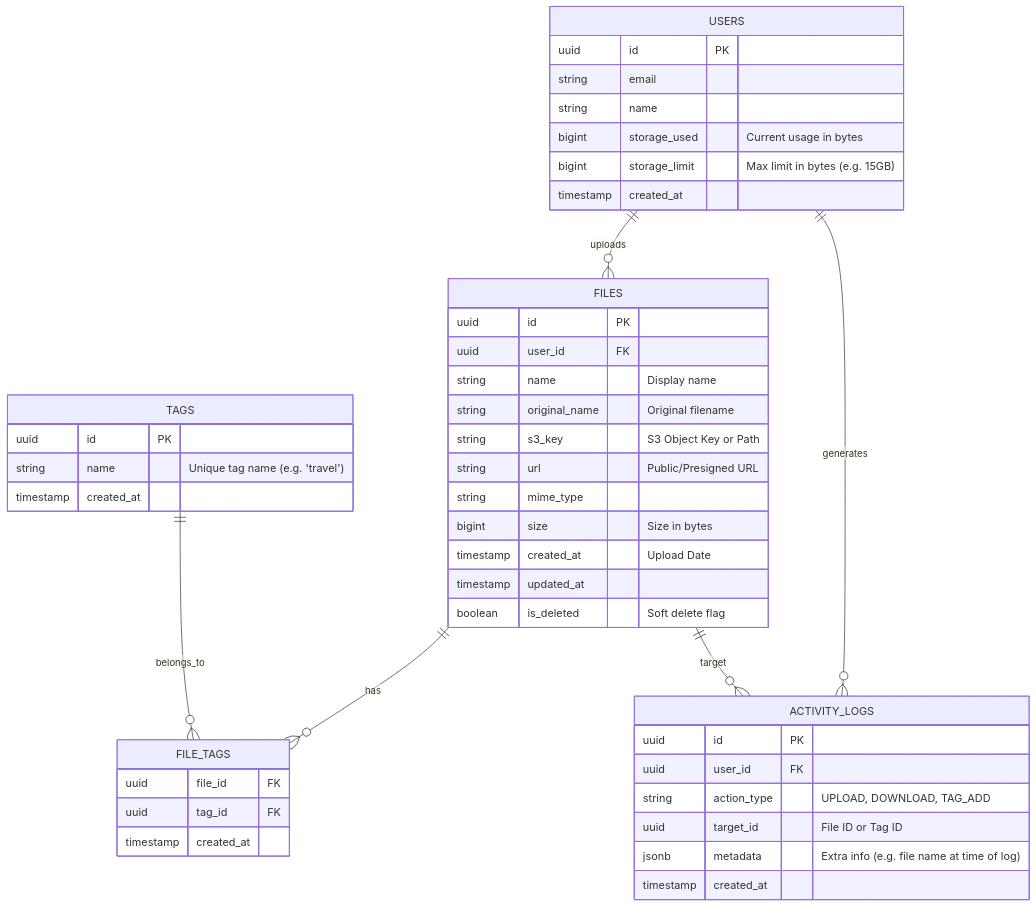
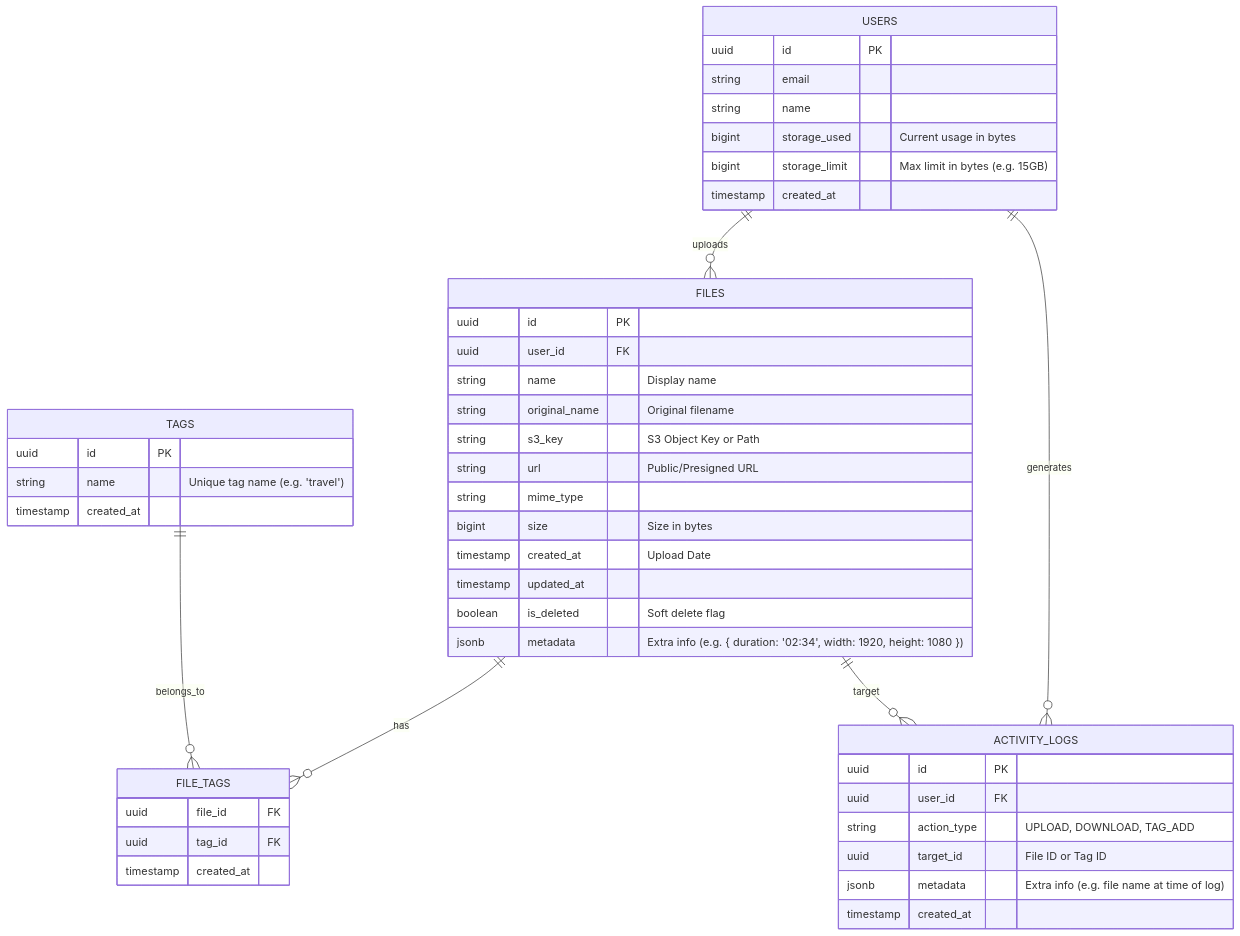
One commit to JokerTrickster/cloud_repository changed the diagram in DB_SCHEMA.md. Above: the diagram before and after it, drawn with Mermaid. The commit also changed other lines of this file and 11 other files, not shown here.

````diff
--- a/DB_SCHEMA.md
+++ b/DB_SCHEMA.md
@@ -7,52 +7,53 @@
 ```mermaid
 erDiagram
     USERS ||--o{ FILES : uploads
     USERS ||--o{ ACTIVITY_LOGS : generates
     FILES ||--o{ FILE_TAGS : has
     TAGS ||--o{ FILE_TAGS : belongs_to
     FILES ||--o{ ACTIVITY_LOGS : target
 
     USERS {
         uuid id PK
         string email
         string name
         bigint storage_used "Current usage in bytes"
         bigint storage_limit "Max limit in bytes (e.g. 15GB)"
         timestamp created_at
     }
 
     FILES {
         uuid id PK
         uuid user_id FK
         string name "Display name"
         string original_name "Original filename"
         string s3_key "S3 Object Key or Path"
         string url "Public/Presigned URL"
         string mime_type
         bigint size "Size in bytes"
         timestamp created_at "Upload Date"
         timestamp updated_at
         boolean is_deleted "Soft delete flag"
+        jsonb metadata "Extra info (e.g. { duration: '02:34', width: 1920, height: 1080 })"
     }
 
     TAGS {
         uuid id PK
         string name "Unique tag name (e.g. 'travel')"
         timestamp created_at
     }
 
     FILE_TAGS {
         uuid file_id FK
         uuid tag_id FK
         timestamp created_at
     }
 
     ACTIVITY_LOGS {
         uuid id PK
         uuid user_id FK
         string action_type "UPLOAD, DOWNLOAD, TAG_ADD"
         uuid target_id "File ID or Tag ID"
         jsonb metadata "Extra info (e.g. file name at time of log)"
         timestamp created_at
     }
 ```
````
